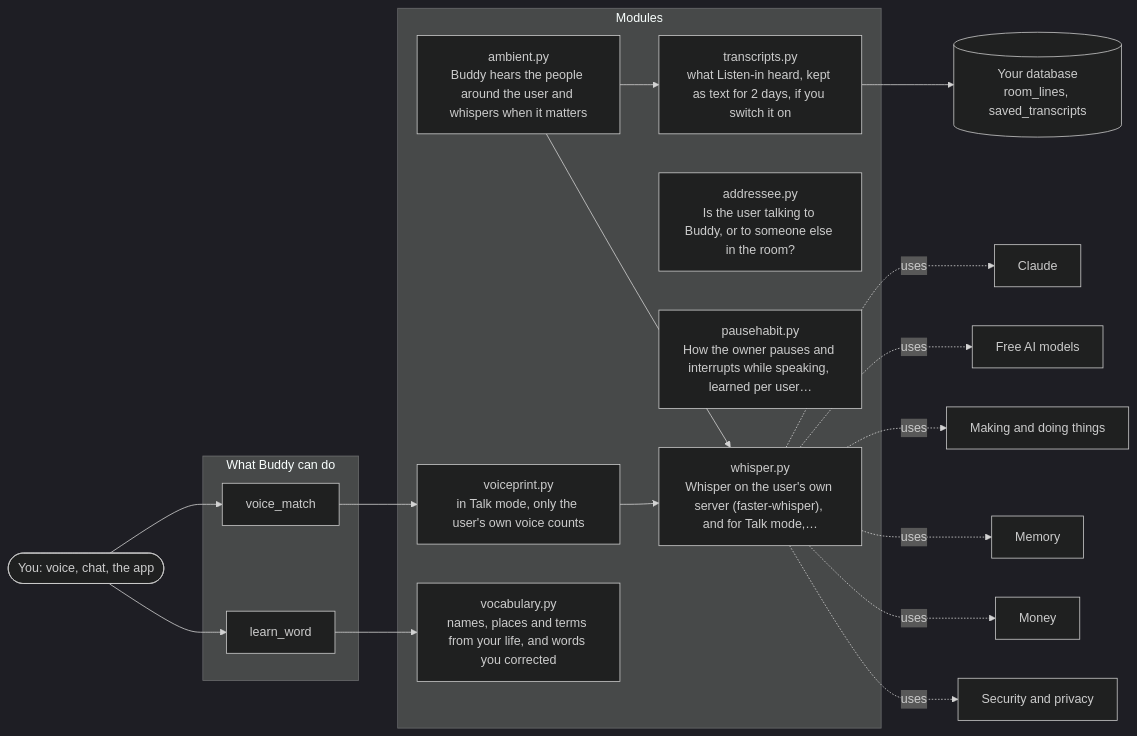
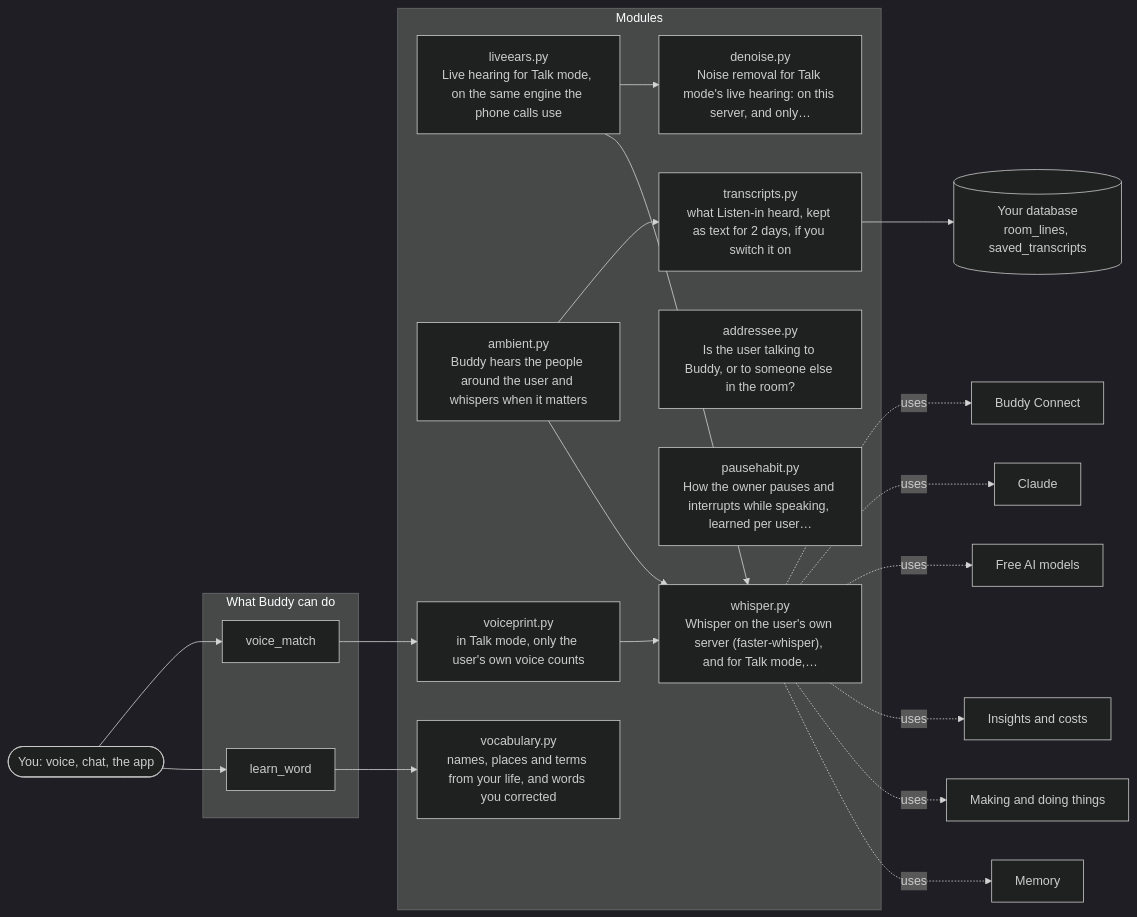
One commit to aneesh304810/BuddyAgent changed the diagram in docs/architecture/05-voice.md. Above: the diagram before and after it, drawn with Mermaid (dark theme). The commit also changed other lines of this file and 19 other files, not shown here.

````diff
--- a/docs/architecture/05-voice.md
+++ b/docs/architecture/05-voice.md
@@ -7,38 +7,42 @@
 ```mermaid
 flowchart LR
     you(["You: voice, chat, the app"])
     subgraph Tools["What Buddy can do"]
         t_voice_match["voice_match"]
         t_learn_word["learn_word"]
     end
     subgraph Modules["Modules"]
         whisper_py["whisper.py<br/>Whisper on the user's own server (faster-whisper), and for Talk mode,…"]
+        liveears_py["liveears.py<br/>Live hearing for Talk mode, on the same engine the phone calls use"]
+        denoise_py["denoise.py<br/>Noise removal for Talk mode's live hearing: on this server, and only…"]
         ambient_py["ambient.py<br/>Buddy hears the people around the user and whispers when it matters"]
         addressee_py["addressee.py<br/>Is the user talking to Buddy, or to someone else in the room?"]
         voiceprint_py["voiceprint.py<br/>in Talk mode, only the user's own voice counts"]
         pausehabit_py["pausehabit.py<br/>How the owner pauses and interrupts while speaking, learned per user…"]
         transcripts_py["transcripts.py<br/>what Listen-in heard, kept as text for 2 days, if you switch it on"]
         vocabulary_py["vocabulary.py<br/>names, places and terms from your life, and words you corrected"]
     end
     you --> t_voice_match
     t_voice_match --> voiceprint_py
     you --> t_learn_word
     t_learn_word --> vocabulary_py
+    liveears_py --> denoise_py
+    liveears_py --> whisper_py
     ambient_py --> transcripts_py
     ambient_py --> whisper_py
     voiceprint_py --> whisper_py
     db[("Your database<br/>room_lines, saved_transcripts")]
     transcripts_py --> db
-    o_0["Claude"]
+    o_0["Buddy Connect"]
     whisper_py -. uses .-> o_0
-    o_1["Free AI models"]
+    o_1["Claude"]
     whisper_py -. uses .-> o_1
-    o_2["Making and doing things"]
+    o_2["Free AI models"]
     whisper_py -. uses .-> o_2
-    o_3["Memory"]
+    o_3["Insights and costs"]
     whisper_py -. uses .-> o_3
-    o_4["Money"]
+    o_4["Making and doing things"]
     whisper_py -. uses .-> o_4
-    o_5["Security and privacy"]
+    o_5["Memory"]
     whisper_py -. uses .-> o_5
 ```
````
